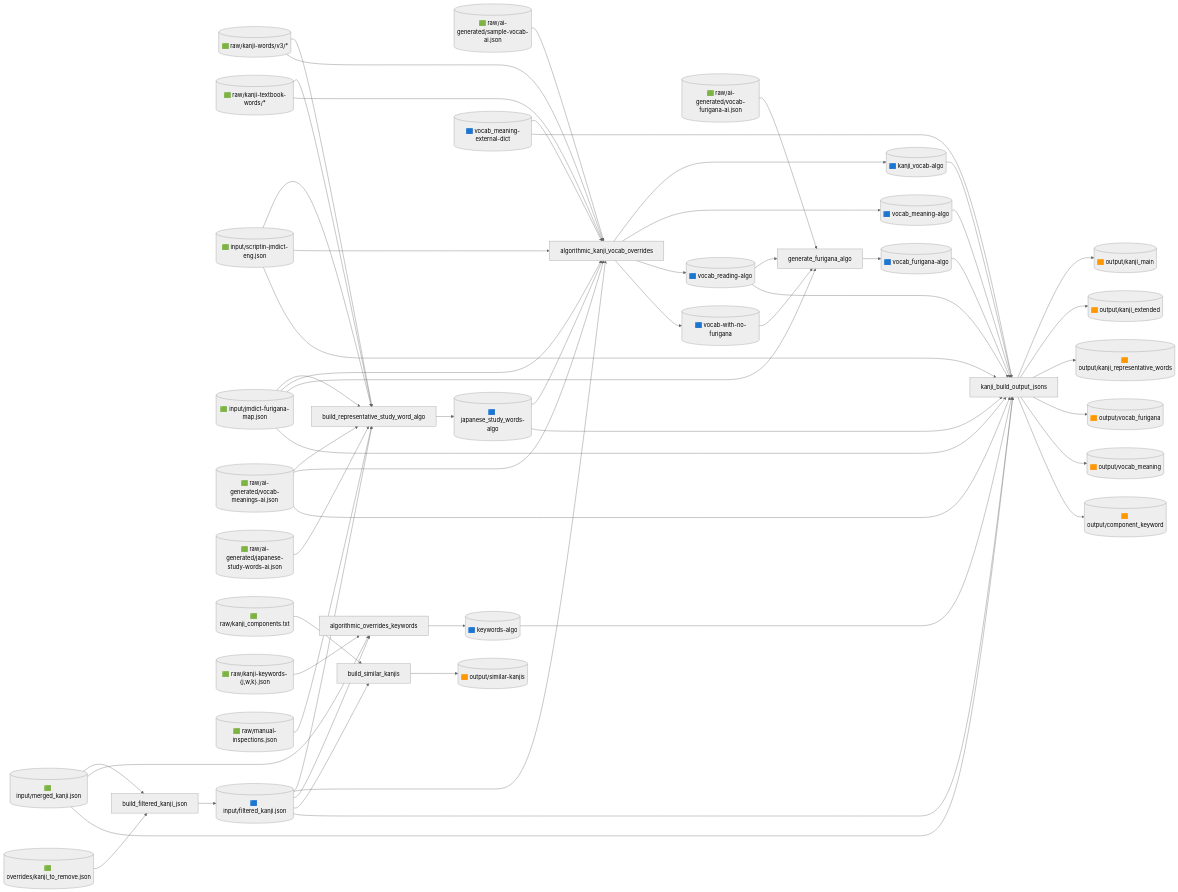
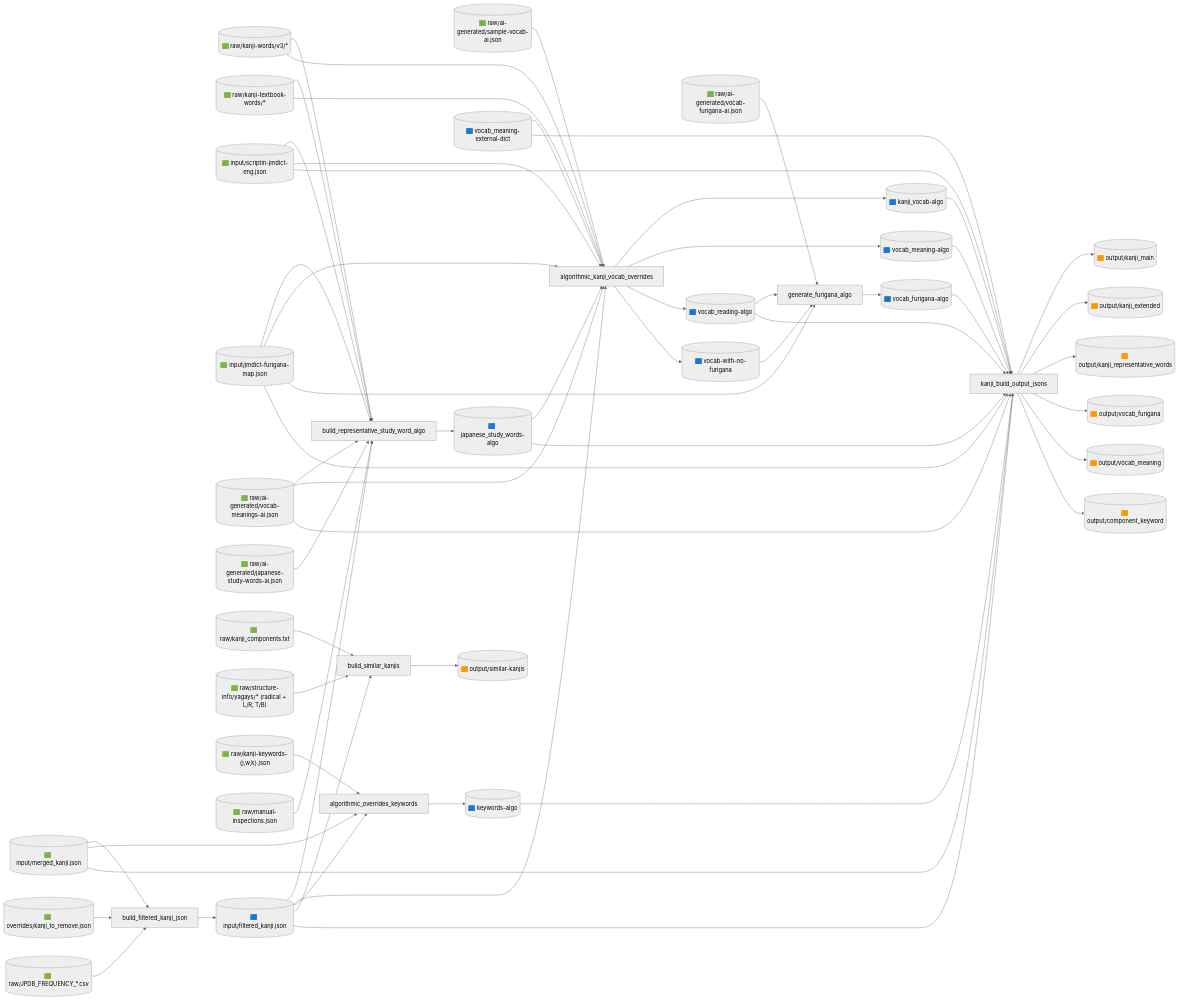
The second of 8 diagrams in notes/flowchart.md (PikaPikaGems/kanji-heatmap-data), drawn with Mermaid (neutral theme) before and after one commit. The commit also changed other lines of this file, not shown here.

Commit message:
Update flowchart

```diff
--- a/notes/flowchart.md
+++ b/notes/flowchart.md
@@ -65,6 +65,8 @@
     aimean[("🟩 raw/ai-generated/vocab-meanings-ai.json")]
     aistudy[("🟩 raw/ai-generated/japanese-study-words-ai.json")]
     components[("🟩 raw/kanji_components.txt")]
+    structure[("🟩 raw/structure-info/yagays/* (radical + L/R, T/B)")]
+    jpdbfreq[("🟩 raw/JPDB_FREQUENCY_*.csv")]
     keywordsraw[("🟩 raw/kanji-keywords-{j,w,k}.json")]
     manual[("🟩 raw/manual-inspections.json")]
 
@@ -77,7 +79,10 @@
     SS[build_similar_kanjis]
     S6[kanji_build_output_jsons]
 
-    %% intermediate overrides (algo-written)
+    %% intermediate files — all script-written: input/filtered_kanji.json, the
+    %% -algo.json overrides, and the external-dict cache. The hand-written
+    %% overrides/*.json (no -algo suffix) that take priority at build time are
+    %% authoritative and intentionally omitted from this view (see §3).
     filt[("🟦 input/filtered_kanji.json")]
     jsw[("🟦 japanese_study_words-algo")]
     kv[("🟦 kanji_vocab-algo")]
@@ -99,7 +104,9 @@
 
     merged --> S1
     remove --> S1
+    jpdbfreq --> S1
     S1 --> filt
+    %% S1 also frequency-orders filtered_kanji.json: Google (in merged) → JPDB → Netflix
 
     filt --> S2
     v3 --> S2
@@ -134,6 +141,7 @@
     SK --> kwalgo
 
     components --> SS
+    structure --> SS
     filt --> SS
     SS --> simout
 
```
